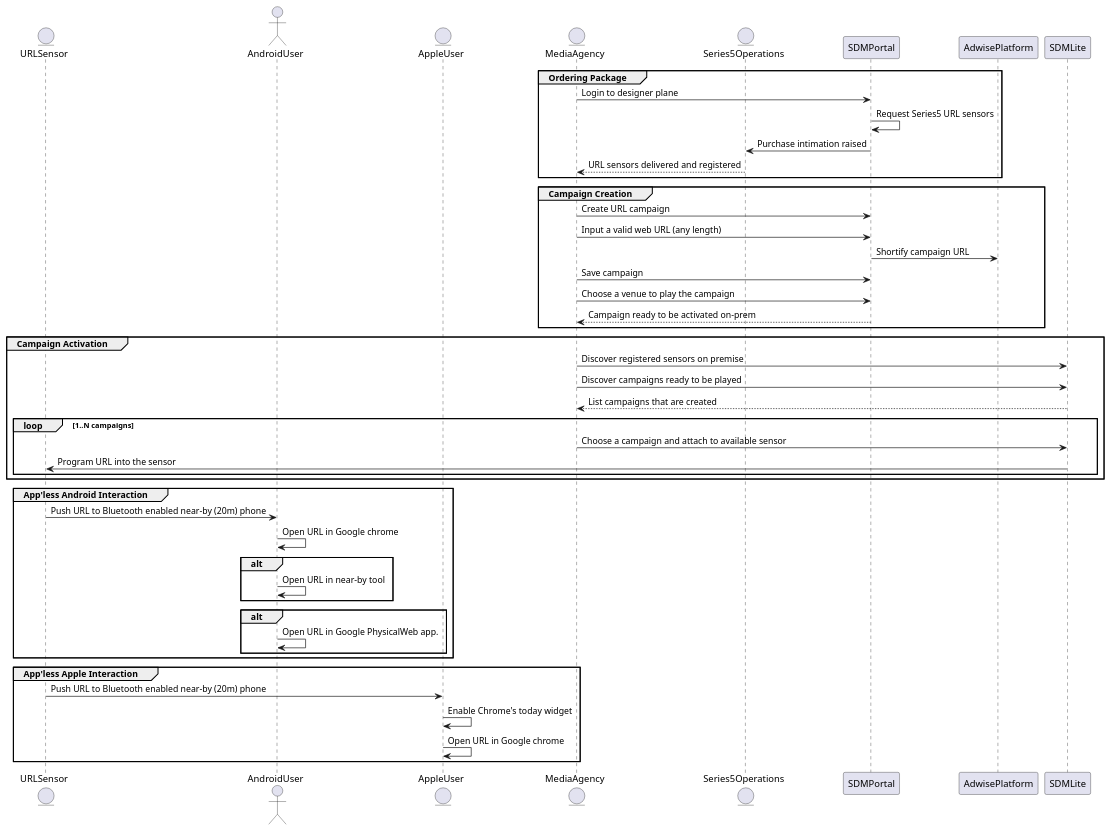
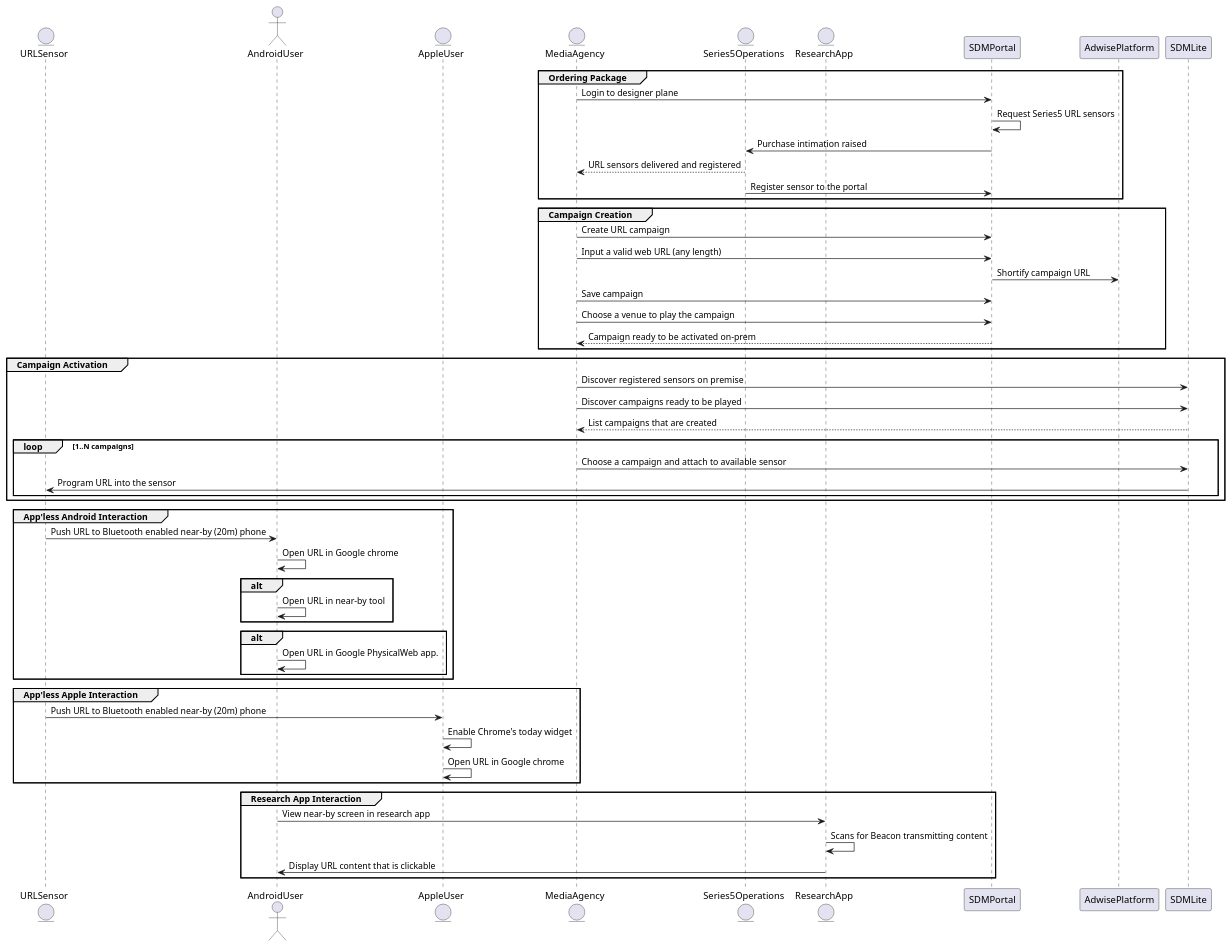
Before and after one commit to sudhakso/adwise: the diagram in physicalweb_interaction_urlbeacon.puml, drawn with PlantUML.

Commit message:
physicalweb_interaction_urlbeacon.puml edited online with Bitbucket

```diff
--- a/physicalweb_interaction_urlbeacon.puml
+++ b/physicalweb_interaction_urlbeacon.puml
@@ -1,47 +1,57 @@
 @startuml
 entity URLSensor
 actor AndroidUser
 entity AppleUser
 entity MediaAgency
 entity Series5Operations
+entity ResearchApp
 
 group Ordering Package
 MediaAgency -> SDMPortal  : Login to designer plane
 SDMPortal -> SDMPortal : Request Series5 URL sensors
 SDMPortal -> Series5Operations : Purchase intimation raised
 Series5Operations --> MediaAgency : URL sensors delivered and registered
+Series5Operations -> SDMPortal : Register sensor to the portal
 end
+
 group Campaign Creation
 MediaAgency -> SDMPortal : Create URL campaign
 MediaAgency -> SDMPortal : Input a valid web URL (any length)
 SDMPortal -> AdwisePlatform  : Shortify campaign URL
 MediaAgency -> SDMPortal : Save campaign
 MediaAgency -> SDMPortal : Choose a venue to play the campaign
 SDMPortal --> MediaAgency : Campaign ready to be activated on-prem
 end
+
 group Campaign Activation
 MediaAgency -> SDMLite : Discover registered sensors on premise
 MediaAgency -> SDMLite : Discover campaigns ready to be played
 SDMLite --> MediaAgency : List campaigns that are created
 loop 1..N campaigns
 MediaAgency -> SDMLite : Choose a campaign and attach to available sensor
 SDMLite -> URLSensor : Program URL into the sensor
 end
 end
 group App'less Android Interaction
 URLSensor -> AndroidUser : Push URL to Bluetooth enabled near-by (20m) phone
 AndroidUser -> AndroidUser : Open URL in Google chrome
 alt 
 AndroidUser -> AndroidUser : Open URL in near-by tool
 end
 alt 
 AndroidUser -> AndroidUser : Open URL in Google PhysicalWeb app.
 end
 end
 group App'less Apple Interaction
 URLSensor -> AppleUser : Push URL to Bluetooth enabled near-by (20m) phone
 AppleUser -> AppleUser : Enable Chrome's today widget
 AppleUser -> AppleUser : Open URL in Google chrome
 end
 
+group Research App Interaction
+AndroidUser -> ResearchApp : View near-by screen in research app
+ResearchApp -> ResearchApp : Scans for Beacon transmitting content
+ResearchApp -> AndroidUser : Display URL content that is clickable
+end
+
 @enduml
```
